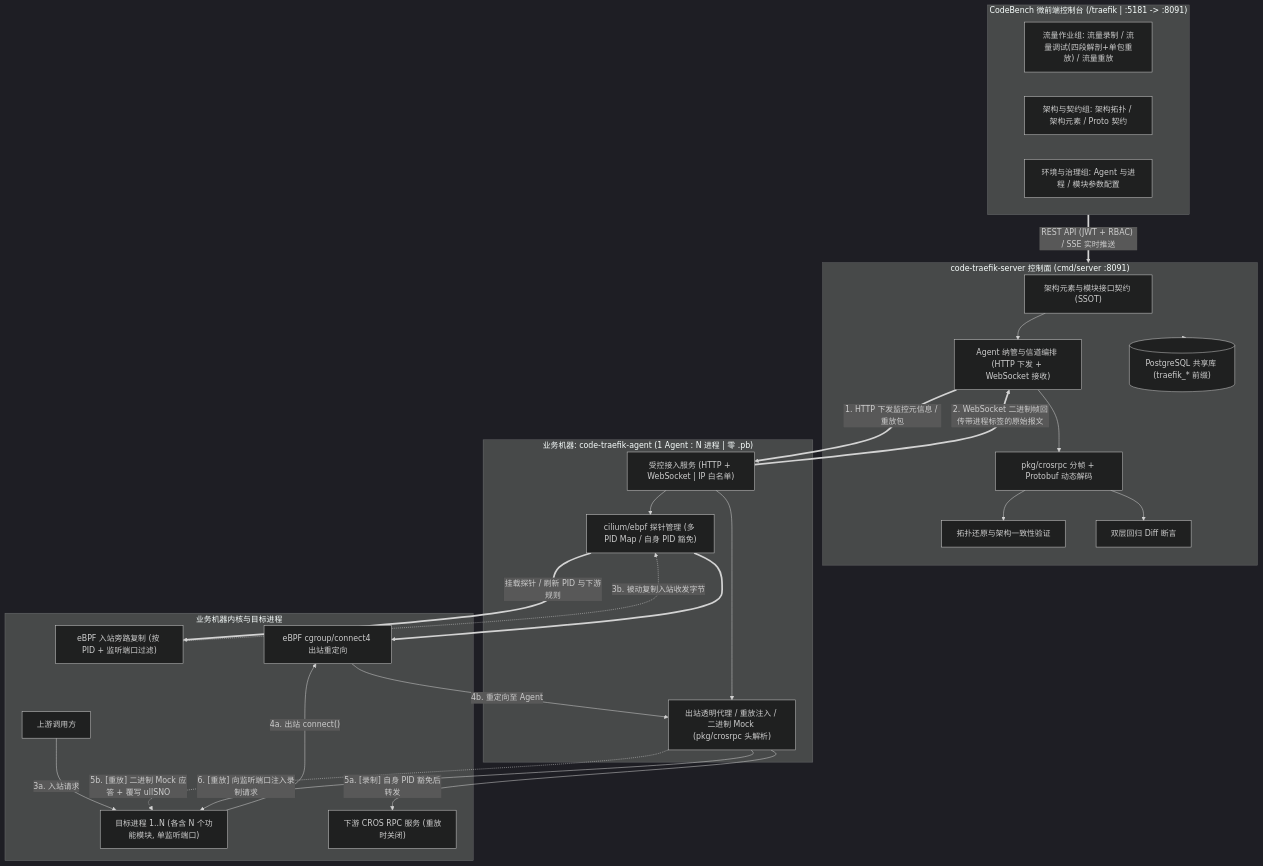
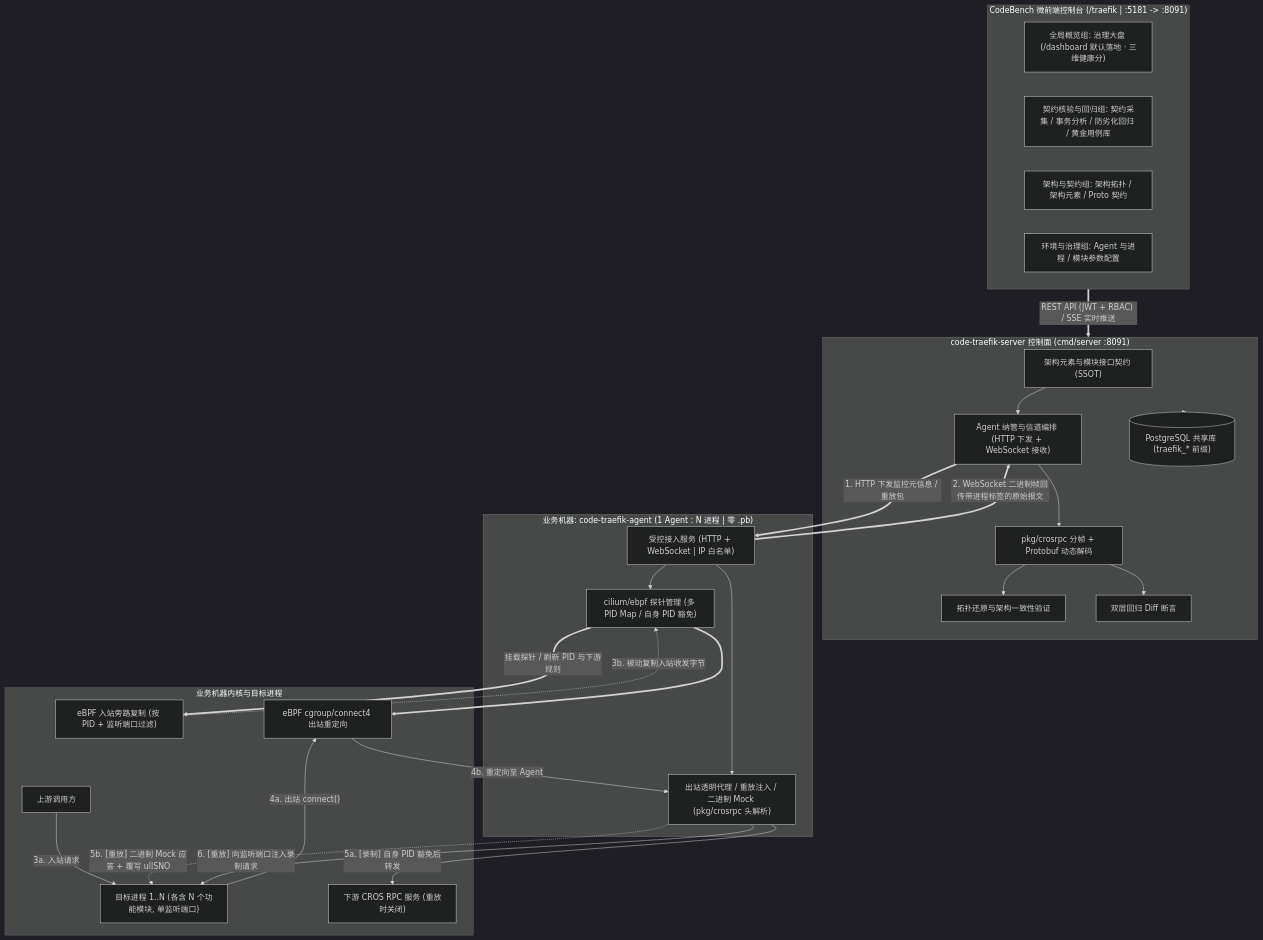
One commit to fugui/code-traefik changed the first of 2 diagrams in docs/01-features/01-feature-matrix.md. Above: the diagram before and after it, drawn with Mermaid (dark theme). The commit also changed other lines of this file and 10 other files, not shown here.

````diff
--- a/docs/01-features/01-feature-matrix.md
+++ b/docs/01-features/01-feature-matrix.md
@@ -86,52 +87,53 @@
 ```mermaid
 flowchart TB
     subgraph Portal["CodeBench 微前端控制台 (/traefik | :5181 -> :8091)"]
-        UI_Flow["流量作业组: 流量录制 / 流量调试(四段解剖+单包重放) / 流量重放"]
+        UI_Dash["全局概览组: 治理大盘 (/dashboard 默认落地 · 三维健康分)"]
+        UI_Flow["契约核验与回归组: 契约采集 / 事务分析 / 防劣化回归 / 黄金用例库"]
         UI_Arch["架构与契约组: 架构拓扑 / 架构元素 / Proto 契约"]
         UI_Env["环境与治理组: Agent 与进程 / 模块参数配置"]
     end
 
     subgraph ControlPlane["code-traefik-server 控制面 (cmd/server :8091)"]
         Arch_Mgr["架构元素与模块接口契约 (SSOT)"]
         Agent_Hub["Agent 纳管与信道编排 (HTTP 下发 + WebSocket 接收)"]
         Decoder["pkg/crosrpc 分帧 + Protobuf 动态解码"]
         Topo_Eng["拓扑还原与架构一致性验证"]
         Diff_Eng["双层回归 Diff 断言"]
         Store[("PostgreSQL 共享库 (traefik_* 前缀)")]
     end
 
     subgraph DataPlane["业务机器: code-traefik-agent (1 Agent : N 进程 | 零 .pb)"]
         Agent_Srv["受控接入服务 (HTTP + WebSocket | IP 白名单)"]
         EBPF_Mgr["cilium/ebpf 探针管理 (多 PID Map / 自身 PID 豁免)"]
         Proxy["出站透明代理 / 重放注入 / 二进制 Mock (pkg/crosrpc 头解析)"]
     end
 
     subgraph BizHost["业务机器内核与目标进程"]
         Ingress_Hook["eBPF 入站旁路复制 (按 PID + 监听端口过滤)"]
         Connect_Hook["eBPF cgroup/connect4 出站重定向"]
         TargetProc["目标进程 1..N (各含 N 个功能模块, 单监听端口)"]
         Client["上游调用方"]
         Downstream["下游 CROS RPC 服务 (重放时关闭)"]
     end
 
     Portal == "REST API (JWT + RBAC) / SSE 实时推送" ==> ControlPlane
     Arch_Mgr --> Agent_Hub
     Agent_Hub --> Decoder --> Topo_Eng
     Decoder --> Diff_Eng
     ControlPlane --> Store
 
     Agent_Hub == "1. HTTP 下发监控元信息 / 重放包" ==> Agent_Srv
     Agent_Srv == "2. WebSocket 二进制帧回传带进程标签的原始报文" ==> Agent_Hub
     Agent_Srv --> EBPF_Mgr
     Agent_Srv --> Proxy
     EBPF_Mgr == "挂载探针 / 刷新 PID 与下游规则" ==> Ingress_Hook
     EBPF_Mgr ==> Connect_Hook
 
     Client -- "3a. 入站请求" --> TargetProc
     Ingress_Hook -. "3b. 被动复制入站收发字节" .-> EBPF_Mgr
     TargetProc -- "4a. 出站 connect()" --> Connect_Hook
     Connect_Hook -- "4b. 重定向至 Agent" --> Proxy
     Proxy -- "5a. [录制] 自身 PID 豁免后转发" --> Downstream
     Proxy -. "5b. [重放] 二进制 Mock 应答 + 覆写 ullSNO" .-> TargetProc
     Proxy -- "6. [重放] 向监听端口注入录制请求" --> TargetProc
 ```
````
